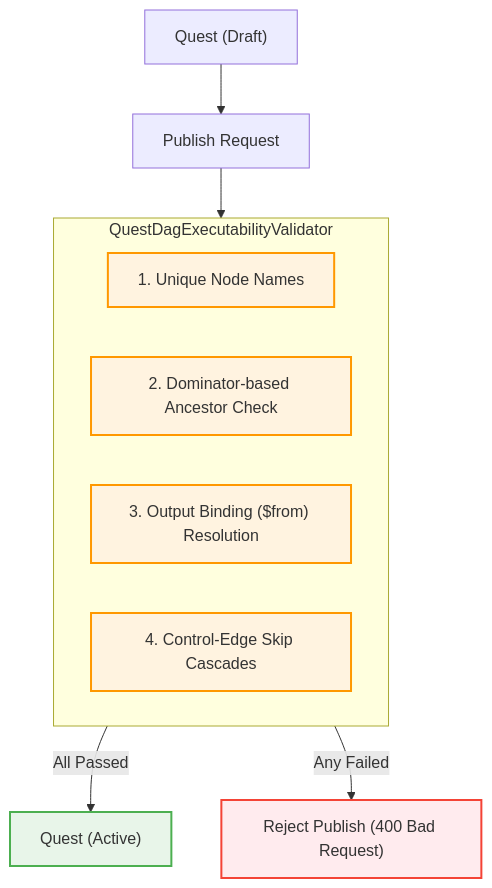
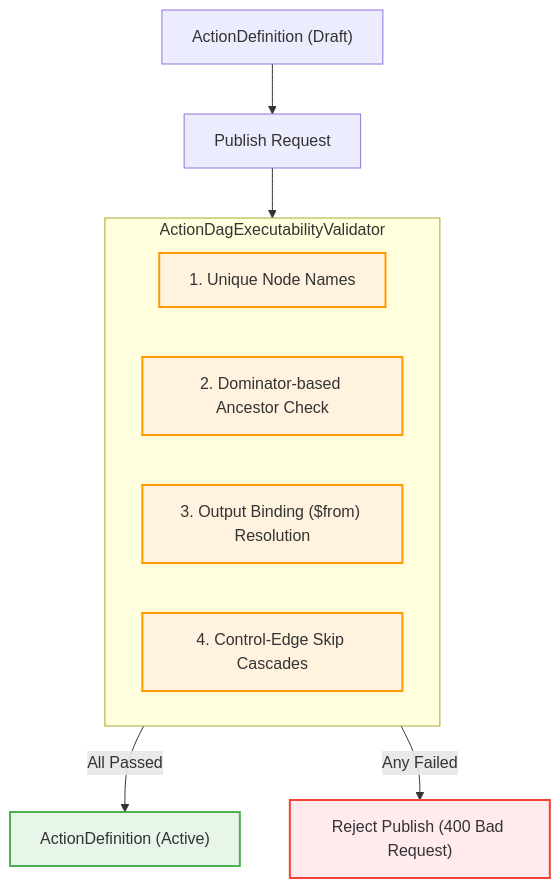
One commit to JadeZaher/azoa-autonomous-zones-of-action changed the third of 5 diagrams in docs/DEV-DOCS.md. Above: the diagram before and after it, drawn with Mermaid. The commit also changed other lines of this file and 1347 other files, not shown here.

````diff
--- a/docs/DEV-DOCS.md
+++ b/docs/DEV-DOCS.md
@@ -112,19 +112,19 @@
 ```mermaid
 graph TD
     classDef stepFill fill:#fff3e0,stroke:#ff9800,stroke-width:2px;
     classDef successFill fill:#e8f5e9,stroke:#4caf50,stroke-width:2px;
     classDef failFill fill:#ffebee,stroke:#f44336,stroke-width:2px;
 
-    Draft["Quest (Draft)"] --> PublishRequest["Publish Request"]
+    Draft["ActionDefinition (Draft)"] --> PublishRequest["Publish Request"]
     
-    subgraph Validation["QuestDagExecutabilityValidator"]
+    subgraph Validation["ActionDagExecutabilityValidator"]
         V1["1. Unique Node Names"]:::stepFill
         V2["2. Dominator-based Ancestor Check"]:::stepFill
         V3["3. Output Binding ($from) Resolution"]:::stepFill
         V4["4. Control-Edge Skip Cascades"]:::stepFill
     end
     
     PublishRequest --> Validation
-    Validation -->|All Passed| Active["Quest (Active)"]:::successFill
+    Validation -->|All Passed| Active["ActionDefinition (Active)"]:::successFill
     Validation -->|Any Failed| Reject["Reject Publish (400 Bad Request)"]:::failFill
 ```
````
